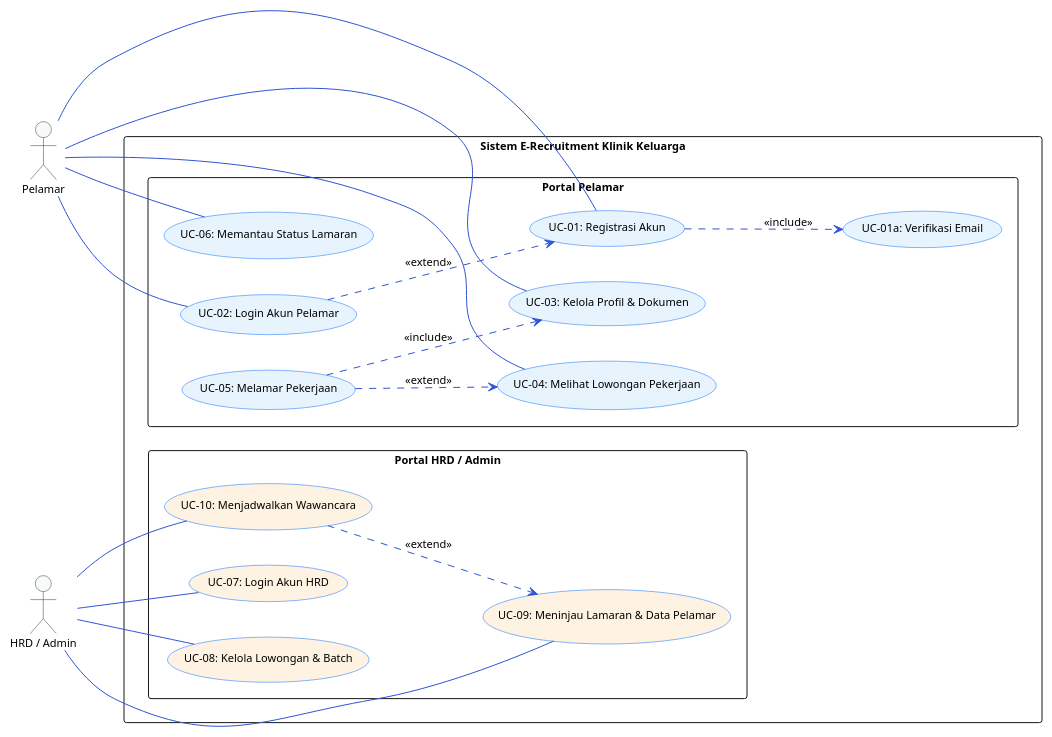
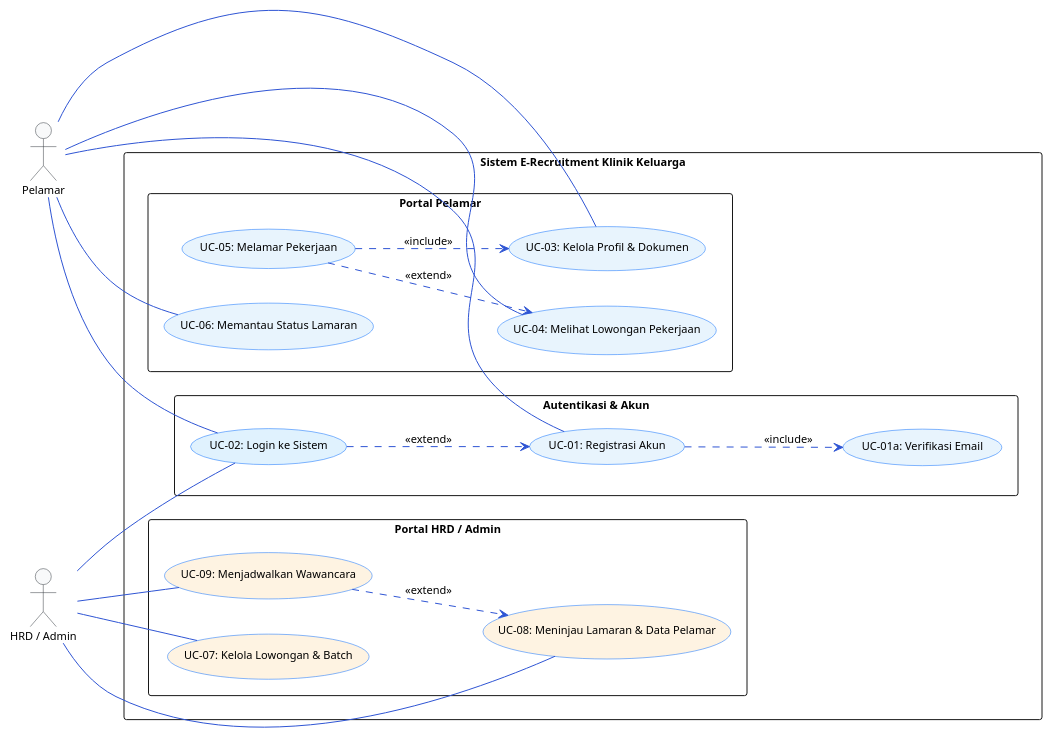
One commit to Madtive-Studio/klinik_keluarga_career changed the diagram in public/assets/diagrams/VP/Use_Case_Diagram.puml. Above: the diagram before and after it, drawn with PlantUML. The commit also changed 7 other files, not shown here.

```diff
--- a/public/assets/diagrams/VP/Use_Case_Diagram.puml
+++ b/public/assets/diagrams/VP/Use_Case_Diagram.puml
@@ -1,62 +1,63 @@
 @startuml
 skinparam defaultFontName Arial
 skinparam defaultFontSize 11
 skinparam packageStyle rectangle
 
 skinparam actor {
   BackgroundColor #F8F9FA
   BorderColor #343A40
 }
 skinparam usecase {
   BackgroundColor #E8F4FD
   BorderColor #0D6EFD
 }
 skinparam ArrowColor #2F55D4
 
 left to right direction
 
 actor "Pelamar" as Pelamar
 actor "HRD / Admin" as HRD
 
 rectangle "Sistem E-Recruitment Klinik Keluarga" {
-  package "Portal Pelamar" {
+  
+  package "Autentikasi & Akun" {
     usecase "UC-01: Registrasi Akun" as UC01
     usecase "UC-01a: Verifikasi Email" as UC01a
-    usecase "UC-02: Login Akun Pelamar" as UC02
+    usecase "UC-02: Login ke Sistem" as UC02 #E0F2FE
+  }
+
+  package "Portal Pelamar" {
     usecase "UC-03: Kelola Profil & Dokumen" as UC03
     usecase "UC-04: Melihat Lowongan Pekerjaan" as UC04
     usecase "UC-05: Melamar Pekerjaan" as UC05
     usecase "UC-06: Memantau Status Lamaran" as UC06
   }
 
   package "Portal HRD / Admin" {
-    usecase "UC-07: Login Akun HRD" as UC07 #FEF3E2
-    usecase "UC-08: Kelola Lowongan & Batch" as UC08 #FEF3E2
-    usecase "UC-09: Meninjau Lamaran & Data Pelamar" as UC09 #FEF3E2
-    usecase "UC-10: Menjadwalkan Wawancara" as UC10 #FEF3E2
+    usecase "UC-07: Kelola Lowongan & Batch" as UC07 #FEF3E2
+    usecase "UC-08: Meninjau Lamaran & Data Pelamar" as UC08 #FEF3E2
+    usecase "UC-09: Menjadwalkan Wawancara" as UC09 #FEF3E2
   }
 }
 
-' Relasi Pelamar
+' Relasi Aktor Pelamar
 Pelamar -- UC01
 Pelamar -- UC02
 Pelamar -- UC03
 Pelamar -- UC04
 Pelamar -- UC06
 
-' Relasi Include & Extend pada Pelamar
+' Relasi Aktor HRD
+HRD -- UC02
+HRD -- UC07
+HRD -- UC08
+HRD -- UC09
+
+' Relasi Include & Extend
 UC01 ..> UC01a : <<include>>
 UC02 ..> UC01 : <<extend>>
 UC05 ..> UC04 : <<extend>>
 UC05 ..> UC03 : <<include>>
-
-' Relasi HRD
-HRD -- UC07
-HRD -- UC08
-HRD -- UC09
-HRD -- UC10
-
-' Relasi Extend pada HRD
-UC10 ..> UC09 : <<extend>>
+UC09 ..> UC08 : <<extend>>
 
 @enduml
```
